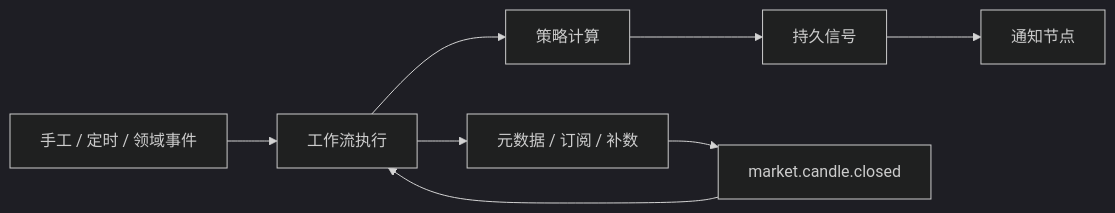
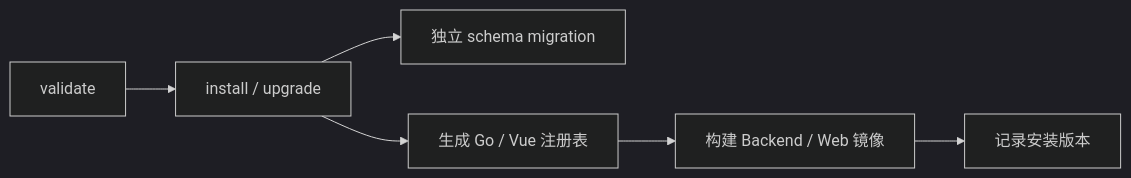
The second of 2 diagrams in docs/architecture/overview.md (CoderLTS/coinsphere-go), drawn with Mermaid (dark theme) before and after one commit. The commit also changed other lines of this file and 28 other files, not shown here.

````diff
--- a/docs/architecture/overview.md
+++ b/docs/architecture/overview.md
@@ -67,10 +53,8 @@
 ```mermaid
 flowchart LR
-    TRIGGER["手工 / 定时 / 领域事件"] --> FLOW["工作流执行"]
-    FLOW --> MARKET["元数据 / 订阅 / 补数"]
-    FLOW --> STRATEGY["策略计算"]
-    STRATEGY --> SIGNAL["持久信号"]
-    SIGNAL --> NOTIFY["通知节点"]
-    MARKET --> EVENT["market.candle.closed"]
-    EVENT --> FLOW
+    VALIDATE["validate"] --> INSTALL["install / upgrade"]
+    INSTALL --> MIGRATION["独立 schema migration"]
+    INSTALL --> REGISTRY["生成 Go / Vue 注册表"]
+    REGISTRY --> REBUILD["构建 Backend / Web 镜像"]
+    REBUILD --> RECORD["记录安装版本"]
 ```
````
